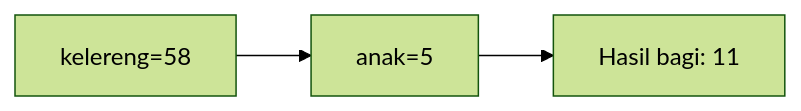
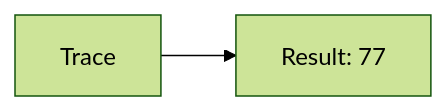
The first of 25 diagrams in part-c-pemahaman-cpp/01-tipe-data/latihan/set-11.md (amnahwaida/OSNK_INF_PREP), drawn with Mermaid (forest theme) before and after one commit. The commit also changed other lines of this file and 71 other files, not shown here.

````diff
--- a/part-c-pemahaman-cpp/01-tipe-data/latihan/set-11.md
+++ b/part-c-pemahaman-cpp/01-tipe-data/latihan/set-11.md
@@ -22,5 +22,4 @@
 ```mermaid
 graph LR
-A["kelereng=58"] --> B["anak=5"]
-B --> C["Hasil bagi: 11"]
+A[Trace] --> B[Result: 77]
 ```
````
